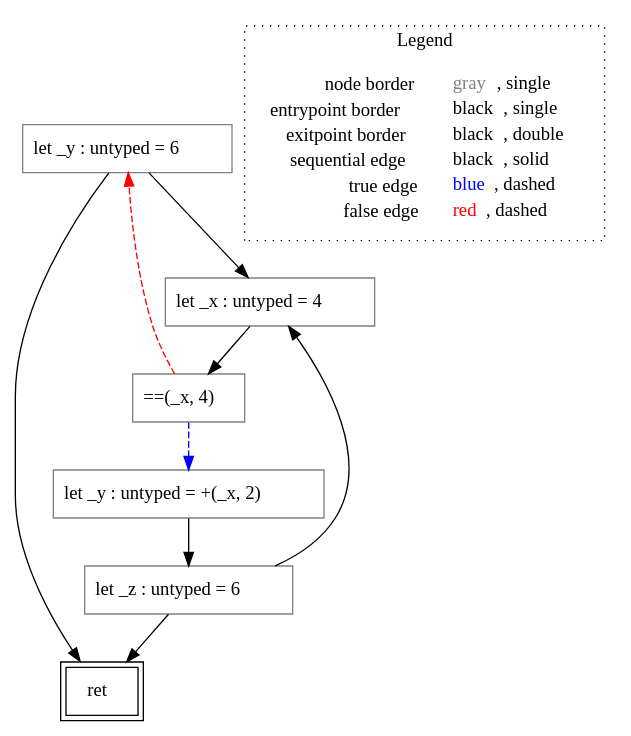
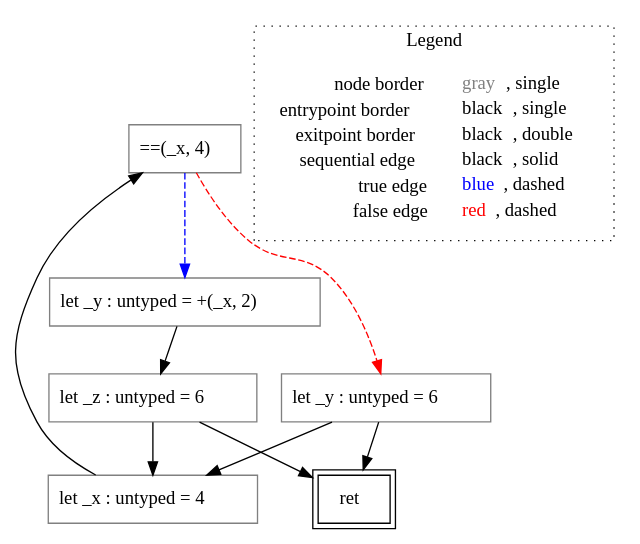
One commit to VincenzoArceri/rust-lisa changed the diagram in rust-lisa/rust-testcases/cfg/return-void/()_rust-testcases_cfg_return-void_return-void.rs.func3().dot. Above: the diagram before and after it, drawn with Graphviz. The commit also changed 7 other files, not shown here.

```diff
--- a/rust-lisa/rust-testcases/cfg/return-void/()_rust-testcases_cfg_return-void_return-void.rs.func3().dot
+++ b/rust-lisa/rust-testcases/cfg/return-void/()_rust-testcases_cfg_return-void_return-void.rs.func3().dot
@@ -1,23 +1,23 @@
 digraph {
-	"node0" [shape="rect",color="black",peripheries="2",label=<ret>];
+	"node0" [shape="rect",color="gray",label=<==(_x, 4)>];
 	"node1" [shape="rect",color="gray",label=<let _x : untyped = 4>];
-	"node2" [shape="rect",color="gray",label=<==(_x, 4)>];
+	"node2" [shape="rect",color="gray",label=<let _y : untyped = 6>];
 	"node3" [shape="rect",color="gray",label=<let _y : untyped = +(_x, 2)>];
-	"node4" [shape="rect",color="gray",label=<let _y : untyped = 6>];
-	"node5" [shape="rect",color="gray",label=<let _z : untyped = 6>];
-	"node1" -> "node2" [color="black"];
-	"node2" -> "node3" [color="blue",style="dashed"];
-	"node2" -> "node4" [color="red",style="dashed"];
-	"node3" -> "node5" [color="black"];
-	"node4" -> "node0" [color="black"];
+	"node4" [shape="rect",color="gray",label=<let _z : untyped = 6>];
+	"node5" [shape="rect",color="black",peripheries="2",label=<ret>];
+	"node0" -> "node2" [color="red",style="dashed"];
+	"node0" -> "node3" [color="blue",style="dashed"];
+	"node1" -> "node0" [color="black"];
+	"node2" -> "node1" [color="black"];
+	"node2" -> "node5" [color="black"];
+	"node3" -> "node4" [color="black"];
 	"node4" -> "node1" [color="black"];
-	"node5" -> "node0" [color="black"];
-	"node5" -> "node1" [color="black"];
+	"node4" -> "node5" [color="black"];
 subgraph cluster_legend {
 	label="Legend";
 	style=dotted;
 	node [shape=plaintext];
 	"legend" [label=<<table border="0" cellpadding="2" cellspacing="0" cellborder="0"><tr><td align="right">node border&nbsp;</td><td align="left"><font color="gray">gray</font>, single</td></tr><tr><td align="right">entrypoint border&nbsp;</td><td align="left"><font color="black">black</font>, single</td></tr><tr><td align="right">exitpoint border&nbsp;</td><td align="left"><font color="black">black</font>, double</td></tr><tr><td align="right">sequential edge&nbsp;</td><td align="left"><font color="black">black</font>, solid</td></tr><tr><td align="right">true edge&nbsp;</td><td align="left"><font color="blue">blue</font>, dashed</td></tr><tr><td align="right">false edge&nbsp;</td><td align="left"><font color="red">red</font>, dashed</td></tr></table>>];
 }
 
 }
```
